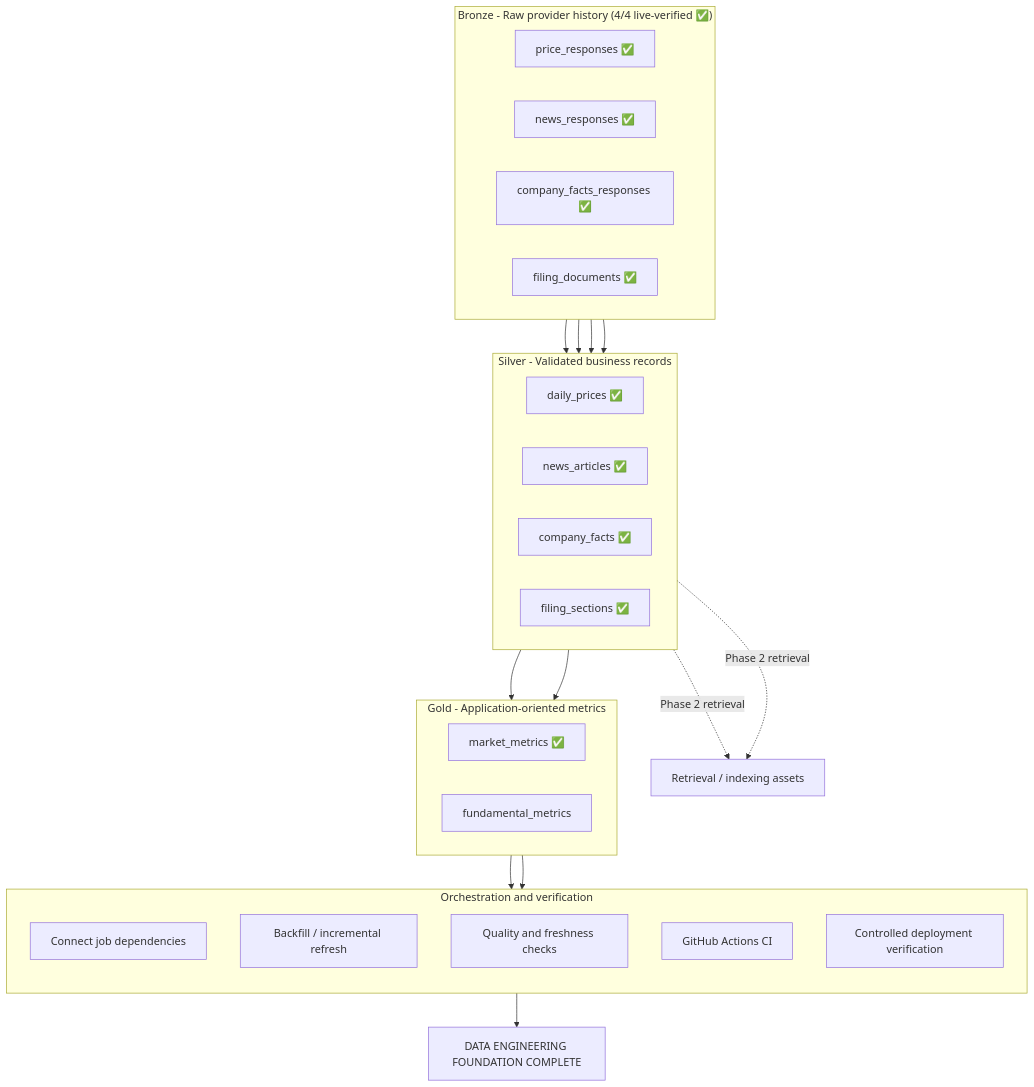
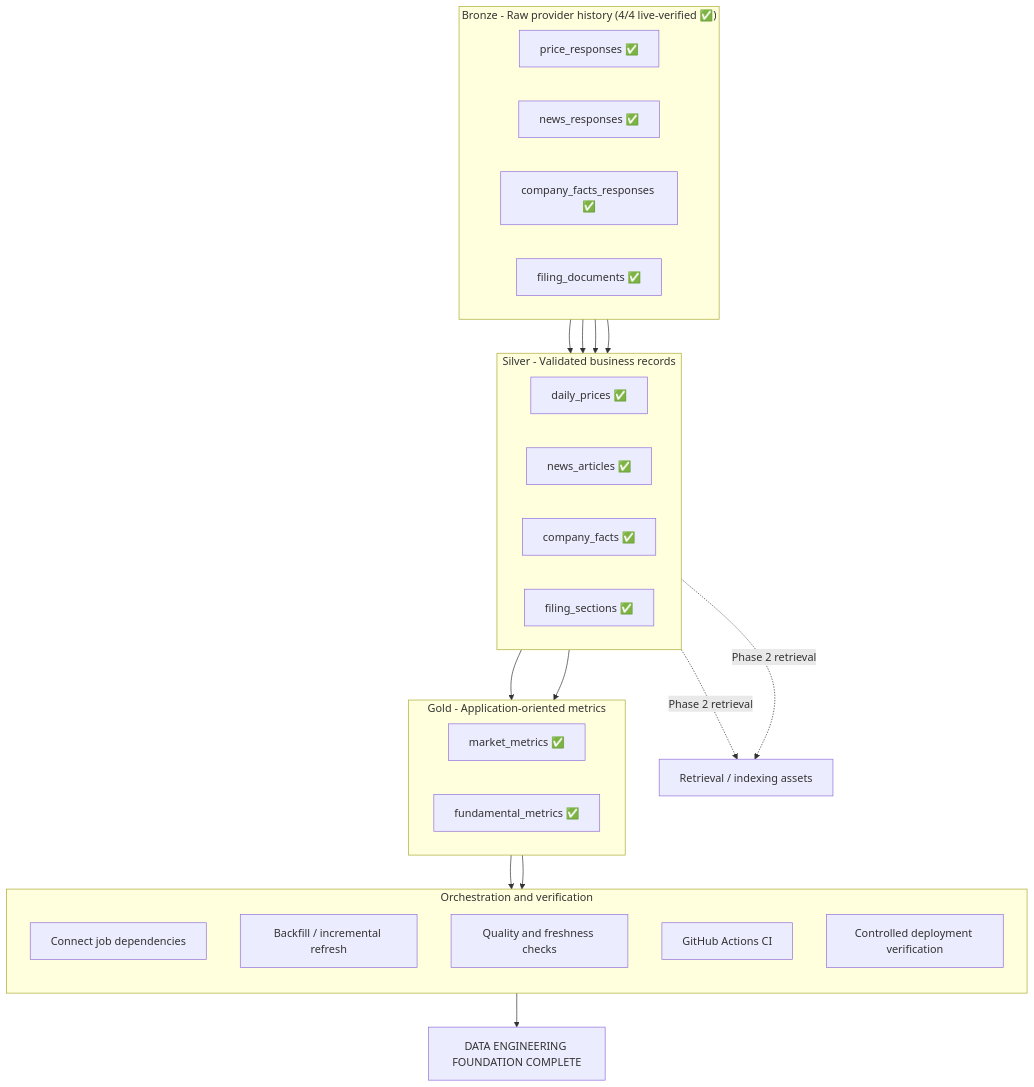
Before and after one commit to maghdam/multi-agent-equity-research-system-on-databricks: the first of 2 diagrams in PLAN.md, drawn with Mermaid. The commit also changed other lines of this file and 6 other files, not shown here.

Commit message:
feat: add Gold fundamental metrics

````diff
--- a/PLAN.md
+++ b/PLAN.md
@@ -15,49 +15,49 @@
 ```mermaid
 flowchart TB
     subgraph B["Bronze - Raw provider history (4/4 live-verified ✅)"]
         direction LR
         B1["price_responses ✅"]
         B2["news_responses ✅"]
         B3["company_facts_responses ✅"]
         B4["filing_documents ✅"]
     end
 
     subgraph S["Silver - Validated business records"]
         direction LR
         S1["daily_prices ✅"]
         S2["news_articles ✅"]
         S3["company_facts ✅"]
         S4["filing_sections ✅"]
     end
 
     B1 --> S1
     B2 --> S2
     B3 --> S3
     B4 --> S4
 
     subgraph G["Gold - Application-oriented metrics"]
         direction LR
         G1["market_metrics ✅"]
-        G2["fundamental_metrics"]
+        G2["fundamental_metrics ✅"]
     end
 
     S1 --> G1
     S3 --> G2
 
     S2 -. "Phase 2 retrieval" .-> R["Retrieval / indexing assets"]
     S4 -. "Phase 2 retrieval" .-> R
 
     G1 --> O
     G2 --> O
 
     subgraph O["Orchestration and verification"]
         direction TB
         O1["Connect job dependencies"]
         O2["Backfill / incremental refresh"]
         O3["Quality and freshness checks"]
         O4["GitHub Actions CI"]
         O5["Controlled deployment verification"]
     end
 
     O --> F["DATA ENGINEERING FOUNDATION COMPLETE"]
 ```
````
